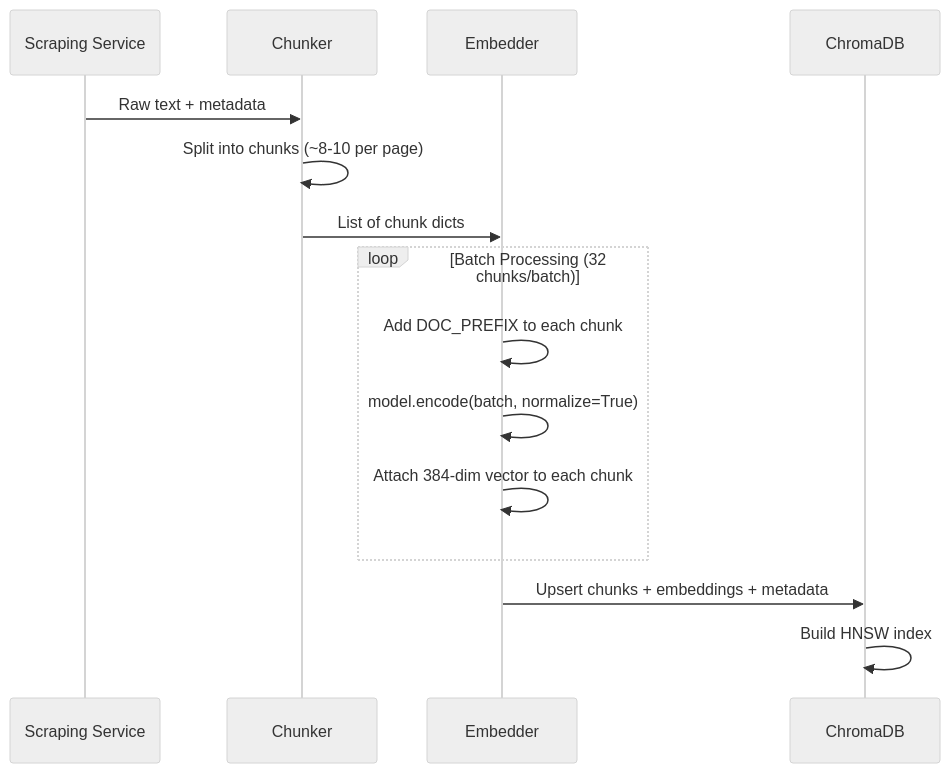
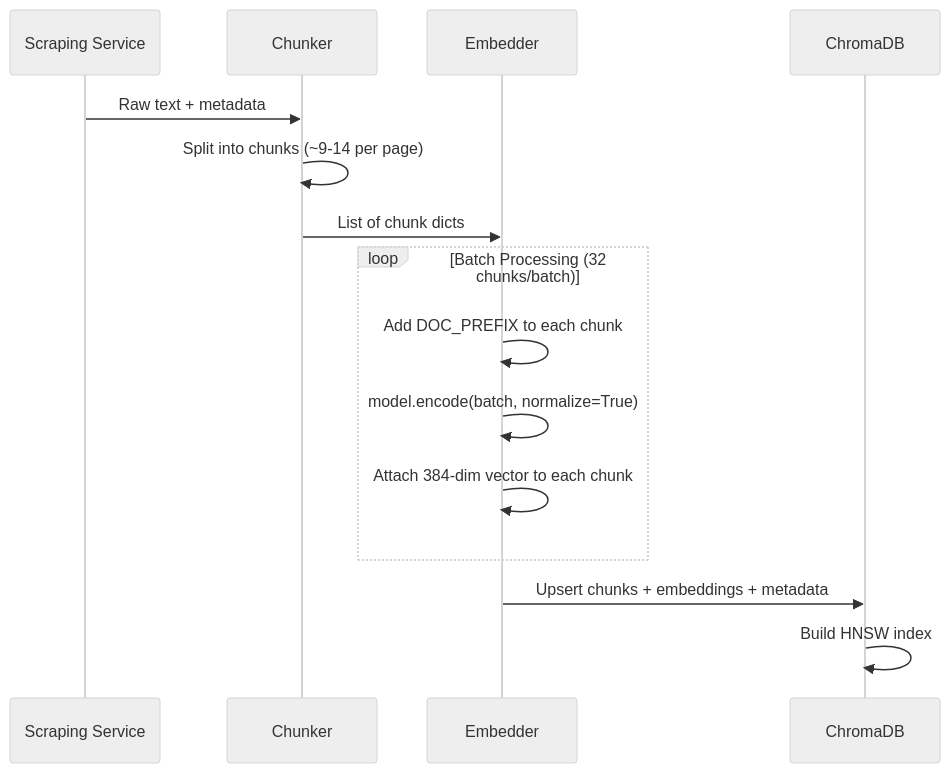
The third of 4 diagrams in docs/chunking-embedding-architecture.md (harm1t/groww-rag), drawn with Mermaid (neutral theme) before and after one commit. The commit also changed other lines of this file and 13 other files, not shown here.

````diff
--- a/docs/chunking-embedding-architecture.md
+++ b/docs/chunking-embedding-architecture.md
@@ -431,20 +431,20 @@
 ```mermaid
 sequenceDiagram
     participant SS as Scraping Service
     participant CH as Chunker
     participant EM as Embedder
     participant VS as ChromaDB
 
     SS->>CH: Raw text + metadata
-    CH->>CH: Split into chunks (~8-10 per page)
+    CH->>CH: Split into chunks (~9-14 per page)
     CH->>EM: List of chunk dicts
 
     loop Batch Processing (32 chunks/batch)
         EM->>EM: Add DOC_PREFIX to each chunk
         EM->>EM: model.encode(batch, normalize=True)
         EM->>EM: Attach 384-dim vector to each chunk
     end
 
     EM->>VS: Upsert chunks + embeddings + metadata
     VS->>VS: Build HNSW index
 ```
````
